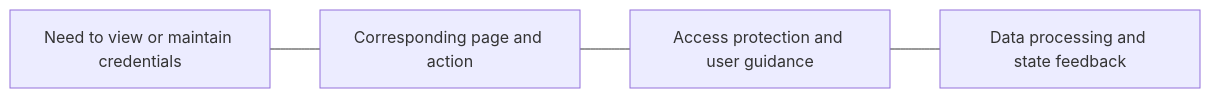
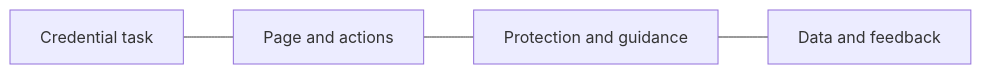
The second of 2 diagrams in content/en/cases/keysafe-password-manager.md (cytlabs/personal-site), drawn with Mermaid before and after one commit. The commit also changed other lines of this file and 17 other files, not shown here.

First line of the commit message:
统一图表排版、主题和大图查看 (#15)

````diff
--- a/content/en/cases/keysafe-password-manager.md
+++ b/content/en/cases/keysafe-password-manager.md
@@ -39,6 +39,4 @@
 ```mermaid
 flowchart LR
-    A["Need to view or maintain credentials"] --- B["Corresponding page and action"]
-    B --- C["Access protection and user guidance"]
-    C --- D["Data processing and state feedback"]
+    A["Credential task"] --- B["Page and actions"] --- C["Protection and guidance"] --- D["Data and feedback"]
 ```
````
